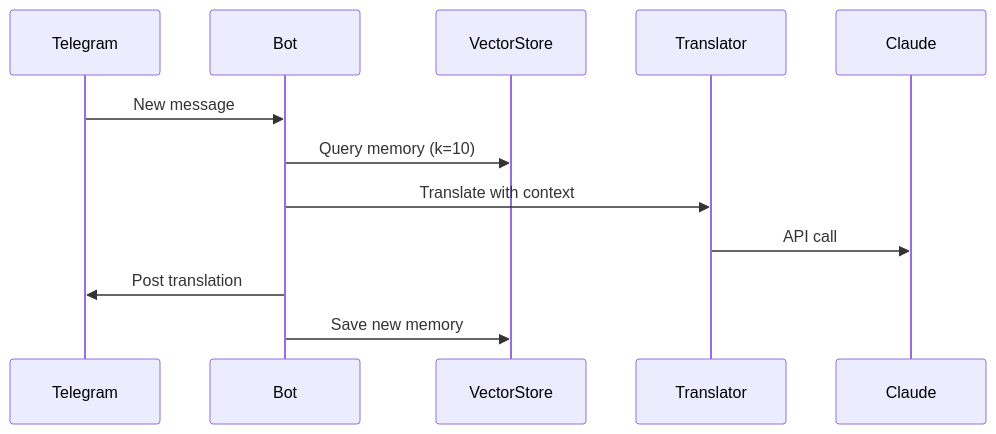
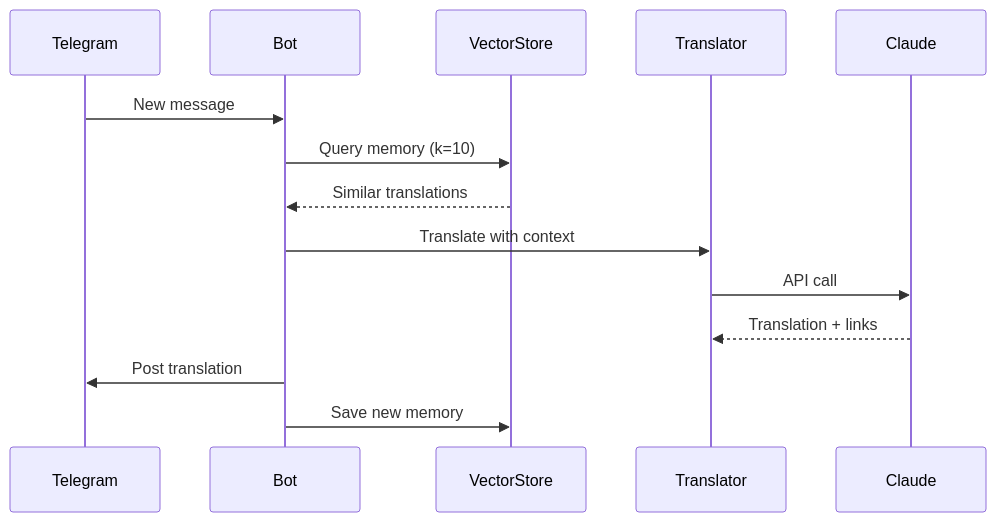
The second of 2 diagrams in docs/SYSTEM-DESIGN.md (segalmax/telegram_zoomer), drawn with Mermaid before and after one commit. The commit also changed other lines of this file and 7 other files, not shown here.

First line of the commit message:
🧠 Implement Claude Sonnet 4 Extended Thinking for Maximum Translation Quality

````diff
--- a/docs/SYSTEM-DESIGN.md
+++ b/docs/SYSTEM-DESIGN.md
@@ -63,9 +53,11 @@
 ```mermaid
 sequenceDiagram
     Telegram->>Bot: New message
     Bot->>VectorStore: Query memory (k=10)
+    VectorStore-->>Bot: Similar translations
     Bot->>Translator: Translate with context
     Translator->>Claude: API call
+    Claude-->>Translator: Translation + links
     Bot->>Telegram: Post translation
     Bot->>VectorStore: Save new memory
 ```
````
